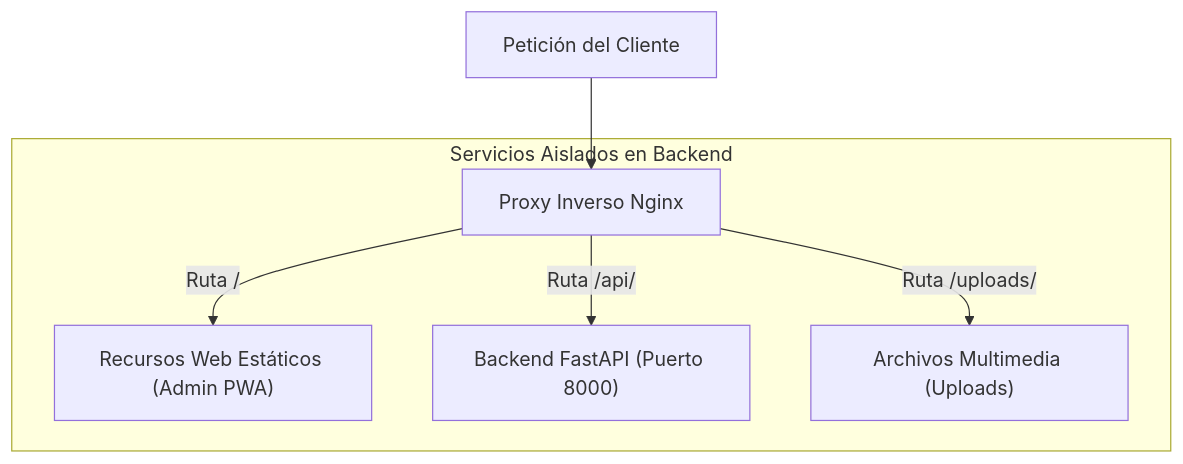
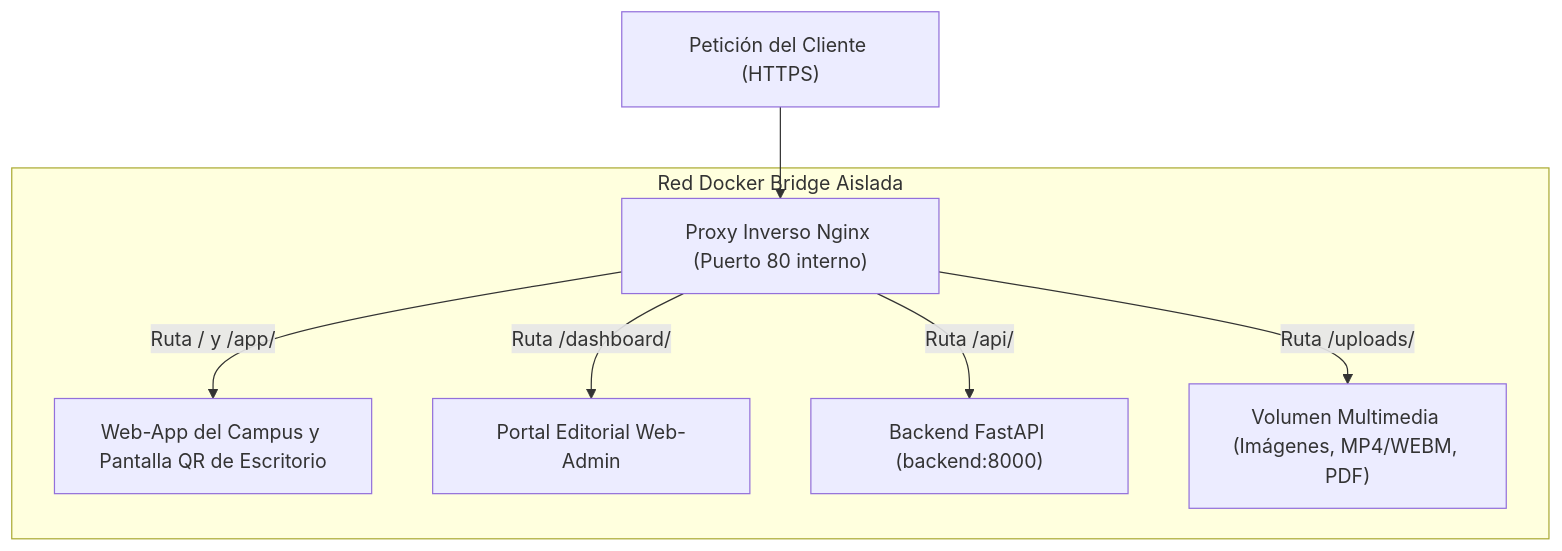
One commit to Pascal-Thommen/pascal-thommen.github.io changed the second of 3 diagrams in content/posts/upa-campus-app-architecture-part-3/index.es.md. Above: the diagram before and after it, drawn with Mermaid. The commit also changed other lines of this file and 20 other files, not shown here.

Commit message:
feat(posts): refine UPA Campus App architecture series with holistic webapp mental model and specification depth

````diff
--- a/content/posts/upa-campus-app-architecture-part-3/index.es.md
+++ b/content/posts/upa-campus-app-architecture-part-3/index.es.md
@@ -52,9 +50,10 @@
 ```mermaid
 flowchart TD
-    Client["Petición del Cliente"] --> Nginx["Proxy Inverso Nginx"]
-    subgraph Red_Contenedores["Servicios Aislados en Backend"]
-        Nginx -->|Ruta /| Frontend["Recursos Web Estáticos (Admin PWA)"]
-        Nginx -->|Ruta /api/| FastAPI["Backend FastAPI (Puerto 8000)"]
-        Nginx -->|Ruta /uploads/| Uploads["Archivos Multimedia (Uploads)"]
+    Client["Petición del Cliente (HTTPS)"] --> Nginx["Proxy Inverso Nginx (Puerto 80 interno)"]
+    subgraph Container_Network["Red Docker Bridge Aislada"]
+        Nginx -->|Ruta / y /app/| WebApp["Web-App del Campus y Pantalla QR de Escritorio"]
+        Nginx -->|Ruta /dashboard/| AdminUI["Portal Editorial Web-Admin"]
+        Nginx -->|Ruta /api/| FastAPI["Backend FastAPI (backend:8000)"]
+        Nginx -->|Ruta /uploads/| Uploads["Volumen Multimedia (Imágenes, MP4/WEBM, PDF)"]
     end
 ```
````
